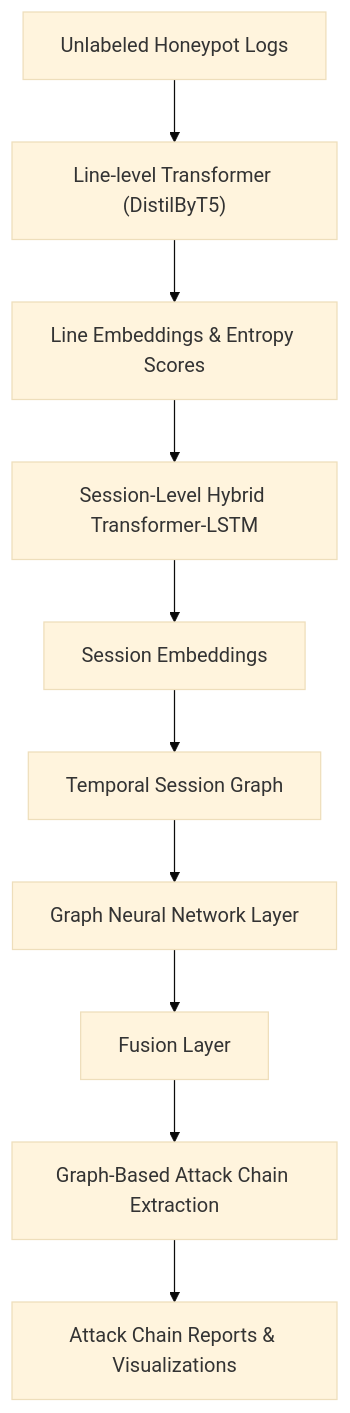
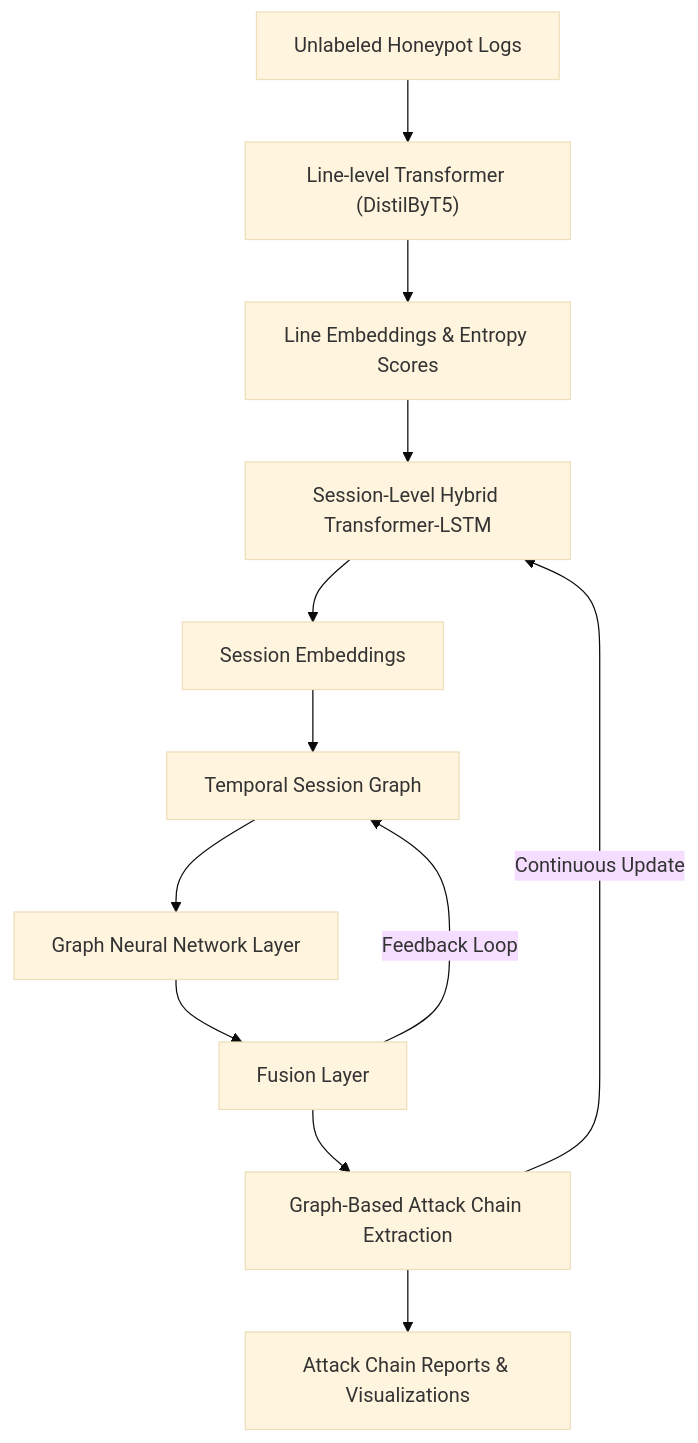
One commit to JohannesLks/Thesis changed the diagram in docs/documentation/approach2.md. Above: the diagram before and after it, drawn with Mermaid (base theme). The commit also changed other lines of this file, not shown here.

````diff
--- a/docs/documentation/approach2.md
+++ b/docs/documentation/approach2.md
@@ -28,12 +39,14 @@
 ```mermaid
 graph TD
   Input["Unlabeled Honeypot Logs"] --> LineTransformer["Line-level Transformer (DistilByT5)"]
   LineTransformer --> LineEmbeddings["Line Embeddings & Entropy Scores"]
   LineEmbeddings --> SessionModel["Session-Level Hybrid Transformer-LSTM"]
   SessionModel --> SessionEmbeddings["Session Embeddings"]
   SessionEmbeddings --> TemporalGraph["Temporal Session Graph"]
   TemporalGraph --> GNN["Graph Neural Network Layer"]
   GNN --> Fusion["Fusion Layer"]
   Fusion --> AttackChains["Graph-Based Attack Chain Extraction"]
   AttackChains --> Output["Attack Chain Reports & Visualizations"]
+  Fusion -->|Feedback Loop| TemporalGraph
+  AttackChains -->|Continuous Update| SessionModel
 ```
````
